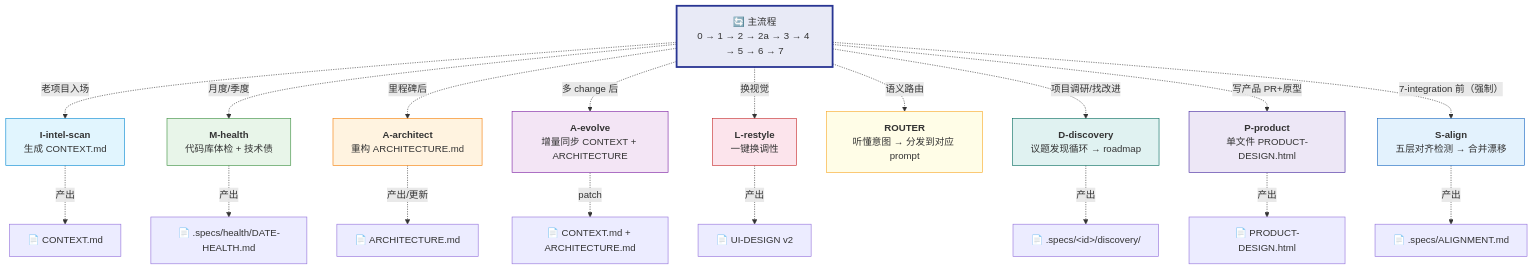
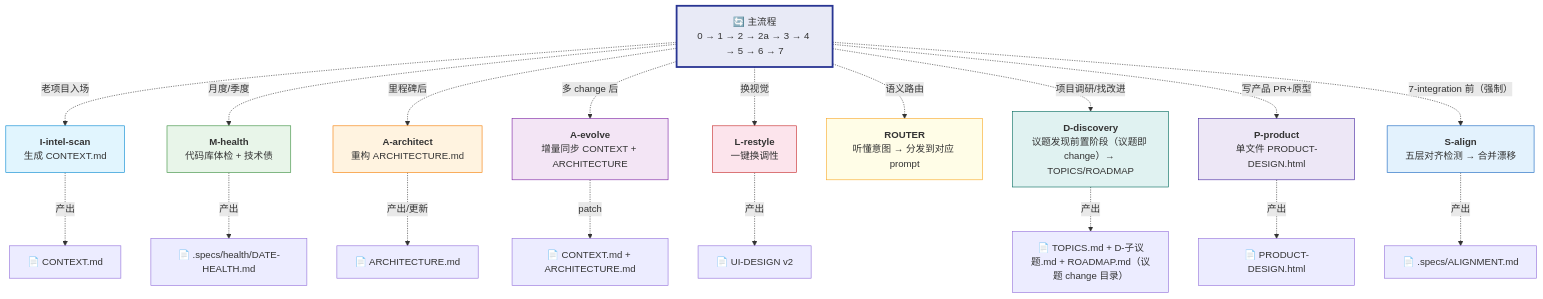
The fourth of 5 diagrams in README.md (malizhi2202-dev/code-kit), drawn with Mermaid before and after one commit. The commit also changed other lines of this file and 28 other files, not shown here.

````diff
--- a/README.md
+++ b/README.md
@@ -456,34 +457,34 @@
 ```mermaid
 flowchart TD
     MAIN["🔄 主流程<br/>0 → 1 → 2 → 2a → 3 → 4 → 5 → 6 → 7"] 
 
     MAIN -.->|"老项目入场"| L1["<b>I-intel-scan</b><br/>生成 CONTEXT.md"]
     MAIN -.->|"月度/季度"| L2["<b>M-health</b><br/>代码库体检 + 技术债"]
     MAIN -.->|"里程碑后"| L3["<b>A-architect</b><br/>重构 ARCHITECTURE.md"]
     MAIN -.->|"多 change 后"| L4["<b>A-evolve</b><br/>增量同步 CONTEXT + ARCHITECTURE"]
     MAIN -.->|"换视觉"| L5["<b>L-restyle</b><br/>一键换调性"]
     MAIN -.->|"语义路由"| R0["<b>ROUTER</b><br/>听懂意图 → 分发到对应 prompt"]
-    MAIN -.->|"项目调研/找改进"| D1["<b>D-discovery</b><br/>议题发现循环 → roadmap"]
+    MAIN -.->|"项目调研/找改进"| D1["<b>D-discovery</b><br/>议题发现前置阶段（议题即 change）→ TOPICS/ROADMAP"]
     MAIN -.->|"写产品 PR+原型"| P1["<b>P-product</b><br/>单文件 PRODUCT-DESIGN.html"]
     MAIN -.->|"7-integration 前（强制）"| S1["<b>S-align</b><br/>五层对齐检测 → 合并漂移"]
 
     L1 -.->|"产出"| CTX["📄 CONTEXT.md"]
     L2 -.->|"产出"| HEALTH["📄 .specs/health/DATE-HEALTH.md"]
     L3 -.->|"产出/更新"| ARCH["📄 ARCHITECTURE.md"]
     L4 -.->|"patch"| CTX2["📄 CONTEXT.md + ARCHITECTURE.md"]
     L5 -.->|"产出"| UI["📄 UI-DESIGN v2"]
-    D1 -.->|"产出"| DISC["📄 .specs/&lt;id&gt;/discovery/"]
+    D1 -.->|"产出"| DISC["📄 TOPICS.md + D-子议题.md + ROADMAP.md（议题 change 目录）"]
     P1 -.->|"产出"| PRD["📄 PRODUCT-DESIGN.html"]
     S1 -.->|"产出"| ALIGN["📄 .specs/ALIGNMENT.md"]
 
     style MAIN fill:#e8eaf6,stroke:#283593,stroke-width:3px
     style L1 fill:#e1f5fe,stroke:#0288d1
     style L2 fill:#e8f5e9,stroke:#388e3c
     style L3 fill:#fff3e0,stroke:#f57c00
     style L4 fill:#f3e5f5,stroke:#7b1fa2
     style L5 fill:#fce4ec,stroke:#c62828
     style R0 fill:#fffde7,stroke:#f9a825
     style D1 fill:#e0f2f1,stroke:#00695c
     style P1 fill:#ede7f6,stroke:#4527a0
     style S1 fill:#e3f2fd,stroke:#1565c0
 ```
````
